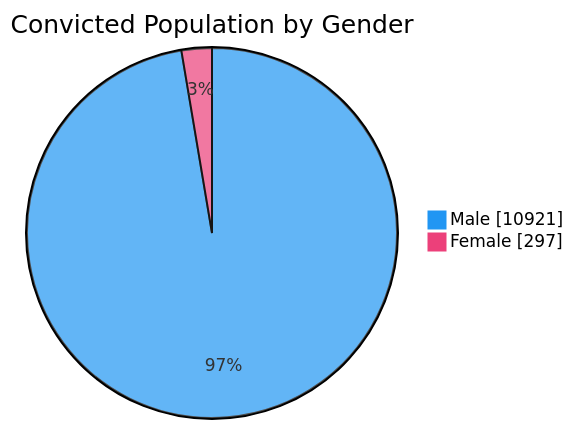
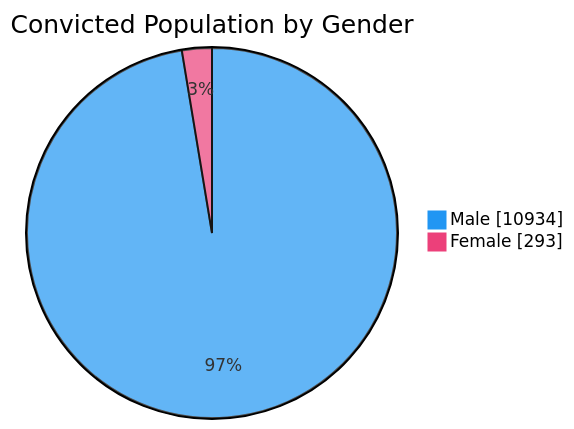
Before and after one commit to nuuuwan/lk_prisons: the third of 7 diagrams in README.md, drawn with Mermaid. The commit also changed other lines of this file and 1 other file, not shown here.

````diff
--- a/README.md
+++ b/README.md
@@ -65,6 +65,6 @@
 ```mermaid
 %%{init: {'themeVariables': {'pie1': '#2196F3', 'pie2': '#EC407A'}}}%%
 pie showData title Convicted Population by Gender
-    "Male" : 10921
-    "Female" : 297
+    "Male" : 10934
+    "Female" : 293
 ```
````
